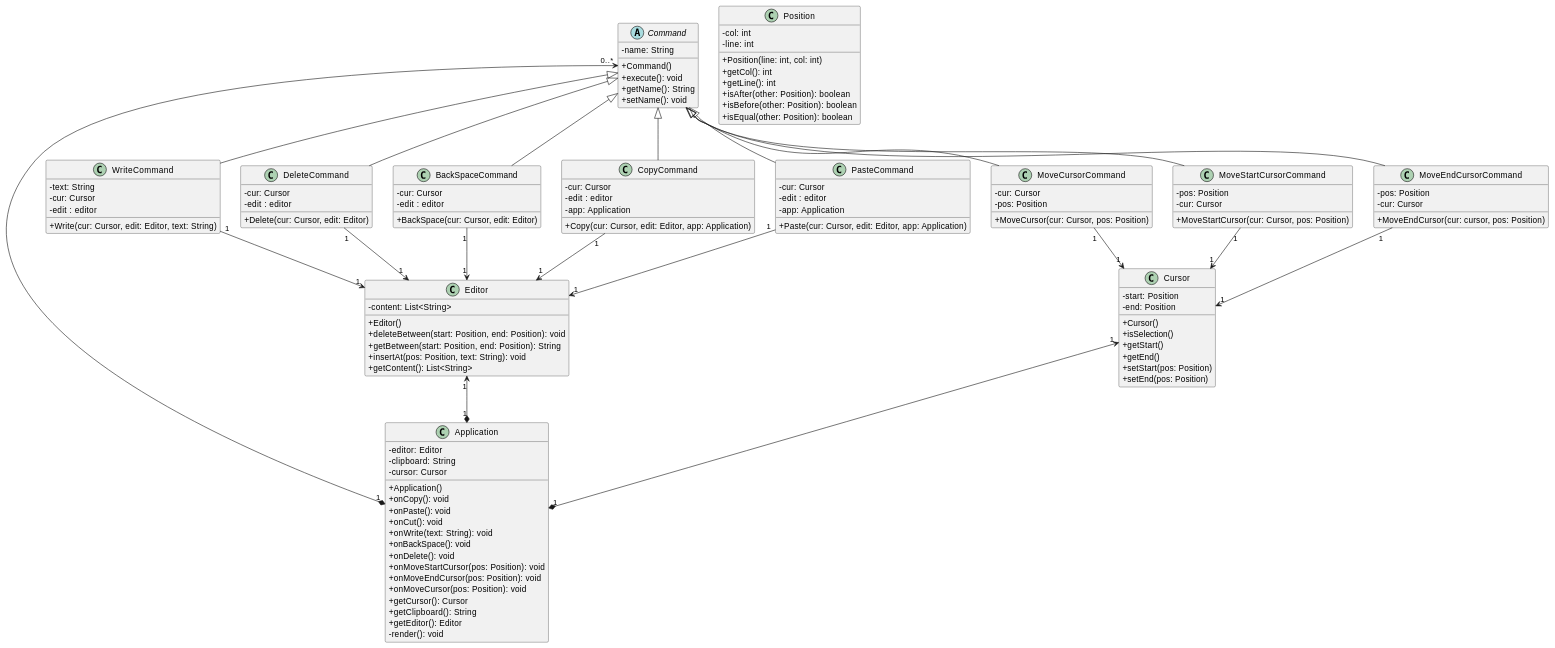
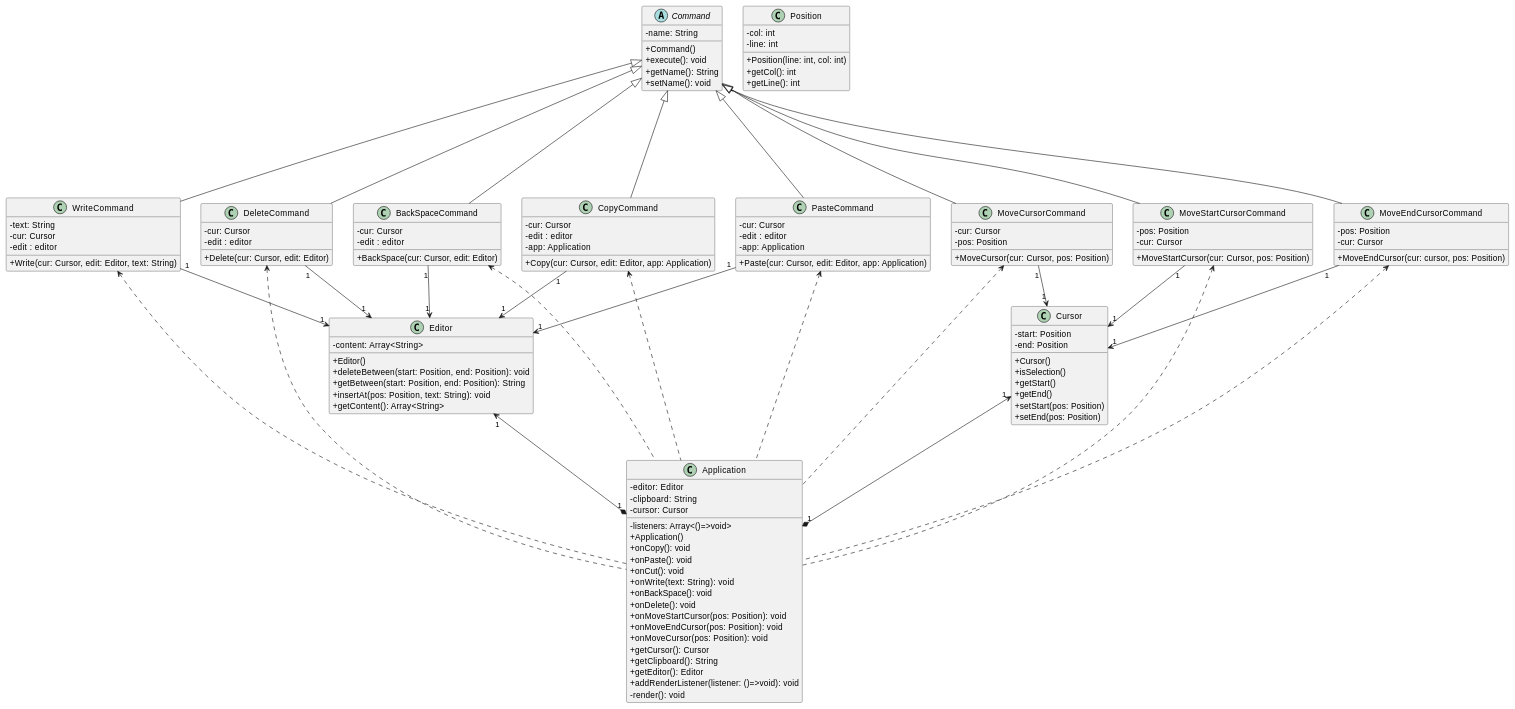
The first of 6 diagrams in README.md (CodyAdam/another-useless-text-editor), drawn with PlantUML before and after one commit. The commit also changed other lines of this file, not shown here.

Commit message:
table begining class diagram and state diagram updatee

```diff
--- a/README.md
+++ b/README.md
@@ -43,6 +62,7 @@
         -editor: Editor
         -clipboard: String
         -cursor: Cursor
+        -listeners: Array<()=>void>
         +Application()
         +onCopy(): void
         +onPaste(): void
@@ -56,16 +76,17 @@
         +getCursor(): Cursor
         +getClipboard(): String
         +getEditor(): Editor
+        +addRenderListener(listener: ()=>void): void
         -render(): void
     }
 
     class Editor {
-        -content: List<String>
+        -content: Array<String>
         +Editor()
         +deleteBetween(start: Position, end: Position): void
         +getBetween(start: Position, end: Position): String
         +insertAt(pos: Position, text: String): void
-        +getContent(): List<String>
+        +getContent(): Array<String>
     }
 
     Abstract Command{
@@ -93,9 +114,6 @@
         +Position(line: int, col: int)
         +getCol(): int
         +getLine(): int
-        +isAfter(other: Position): boolean
-        +isBefore(other: Position): boolean
-        +isEqual(other: Position): boolean
     }
 
     class WriteCommand {
@@ -152,18 +170,26 @@
 
     Cursor "1" <--* "1" Application
     
-    Command <|-- PasteCommand 
-    Command <|-- WriteCommand 
-    Command <|-- CopyCommand 
-    Command <|-- MoveStartCursorCommand 
-    Command <|-- MoveEndCursorCommand 
-    Command <|-- DeleteCommand
-    Command <|-- BackSpaceCommand
-    Command <|-- MoveCursorCommand
+    Command <|---- PasteCommand 
+    Command <|---- WriteCommand 
+    Command <|---- CopyCommand 
+    Command <|---- MoveStartCursorCommand 
+    Command <|---- MoveEndCursorCommand 
+    Command <|---- DeleteCommand
+    Command <|---- BackSpaceCommand
+    Command <|---- MoveCursorCommand
+
+    PasteCommand  <.. Application 
+    WriteCommand  <.. Application 
+    CopyCommand  <.. Application 
+    MoveStartCursorCommand  <.. Application 
+    MoveEndCursorCommand  <.. Application 
+    DeleteCommand <.. Application 
+    BackSpaceCommand <.. Application 
+    MoveCursorCommand <.. Application 
 
 
     Editor "1" <--* "1" Application
-    Command "0..*" <--* "1" Application
 
     PasteCommand "1" --> "1" Editor
     WriteCommand "1" --> "1"Editor
```
